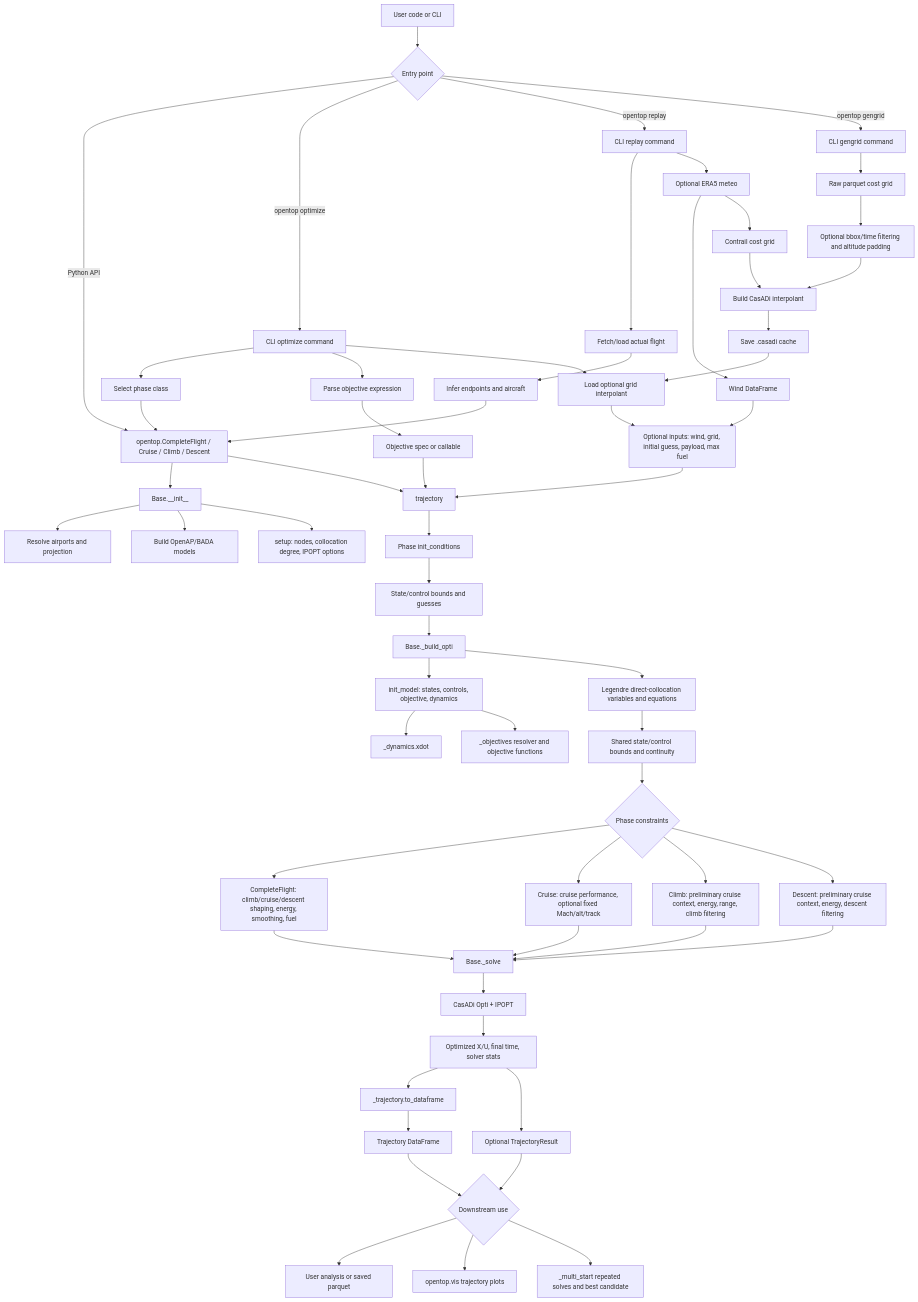
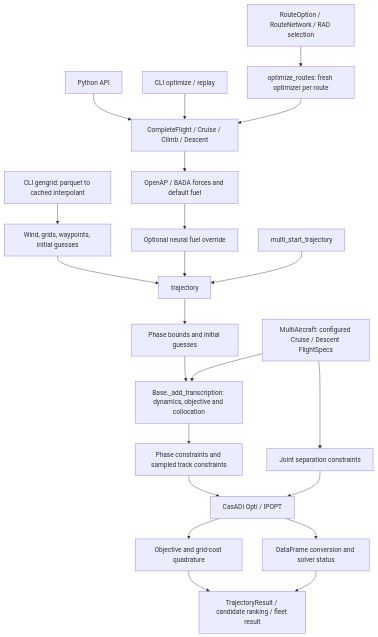
One commit to junzis/opentop changed the diagram in docs/opentop-high-level-flow.md. Above: the diagram before and after it, drawn with Mermaid. The commit also changed other lines of this file and 17 other files, not shown here.

Commit message:
Unify neural fuel evaluation and refresh API documentation

````diff
--- a/docs/opentop-high-level-flow.md
+++ b/docs/opentop-high-level-flow.md
@@ -7,73 +6,24 @@
 ```mermaid
 flowchart TD
-    user[User code or CLI] --> entry{Entry point}
-
-    entry -->|Python API| api[opentop.CompleteFlight / Cruise / Climb / Descent]
-    entry -->|opentop optimize| cli_opt[CLI optimize command]
-    entry -->|opentop replay| cli_replay[CLI replay command]
-    entry -->|opentop gengrid| cli_grid[CLI gengrid command]
-
-    cli_opt --> phase_select[Select phase class]
-    cli_opt --> objective_parse[Parse objective expression]
-    cli_opt --> grid_load[Load optional grid interpolant]
-    phase_select --> api
-    objective_parse --> objective_input[Objective spec or callable]
-    grid_load --> optional_inputs
-
-    cli_grid --> raw_grid[Raw parquet cost grid]
-    raw_grid --> grid_filter[Optional bbox/time filtering and altitude padding]
-    grid_filter --> build_grid[Build CasADi interpolant]
-    build_grid --> cache_grid[Save .casadi cache]
-    cache_grid --> grid_load
-
-    cli_replay --> flight_fetch[Fetch/load actual flight]
-    cli_replay --> meteo_fetch[Optional ERA5 meteo]
-    flight_fetch --> replay_endpoints[Infer endpoints and aircraft]
-    meteo_fetch --> wind_input[Wind DataFrame]
-    meteo_fetch --> contrail_grid[Contrail cost grid]
-    contrail_grid --> build_grid
-    replay_endpoints --> api
-    wind_input --> optional_inputs
-
-    api --> base_init[Base.__init__]
-    base_init --> airport_projection[Resolve airports and projection]
-    base_init --> performance[Build OpenAP/BADA models]
-    base_init --> setup[setup: nodes, collocation degree, IPOPT options]
-
-    api --> trajectory[trajectory]
-    optional_inputs[Optional inputs: wind, grid, initial guess, payload, max fuel] --> trajectory
-    objective_input --> trajectory
-
-    trajectory --> init_conditions[Phase init_conditions]
-    init_conditions --> bounds[State/control bounds and guesses]
-
-    bounds --> build_opti[Base._build_opti]
-    build_opti --> init_model[init_model: states, controls, objective, dynamics]
-    init_model --> dynamics[_dynamics.xdot]
-    init_model --> objectives[_objectives resolver and objective functions]
-    build_opti --> collocation[Legendre direct-collocation variables and equations]
-    collocation --> shared_constraints[Shared state/control bounds and continuity]
-
-    shared_constraints --> phase_constraints{Phase constraints}
-    phase_constraints --> complete[CompleteFlight: climb/cruise/descent shaping, energy, smoothing, fuel]
-    phase_constraints --> cruise[Cruise: cruise performance, optional fixed Mach/alt/track]
-    phase_constraints --> climb[Climb: preliminary cruise context, energy, range, climb filtering]
-    phase_constraints --> descent[Descent: preliminary cruise context, energy, descent filtering]
-
-    complete --> solve[Base._solve]
-    cruise --> solve
-    climb --> solve
-    descent --> solve
-
-    solve --> ipopt[CasADi Opti + IPOPT]
-    ipopt --> numeric_solution[Optimized X/U, final time, solver stats]
-    numeric_solution --> dataframe[_trajectory.to_dataframe]
-    dataframe --> traj_df[Trajectory DataFrame]
-    numeric_solution --> result_obj[Optional TrajectoryResult]
-
-    traj_df --> downstream{Downstream use}
-    result_obj --> downstream
-    downstream --> analysis[User analysis or saved parquet]
-    downstream --> vis[opentop.vis trajectory plots]
-    downstream --> multistart[_multi_start repeated solves and best candidate]
+    python[Python API] --> phase[CompleteFlight / Cruise / Climb / Descent]
+    cli[CLI optimize / replay] --> phase
+    grid[CLI gengrid: parquet to cached interpolant] --> inputs
+    inputs[Wind, grids, waypoints, initial guesses] --> trajectory
+    phase --> baseline[OpenAP / BADA forces and default fuel]
+    baseline --> fuel[Optional neural fuel override]
+    fuel --> trajectory[trajectory]
+    multi[multi_start_trajectory] --> trajectory
+    routes[RouteOption / RouteNetwork / RAD selection] --> routeopt[optimize_routes: fresh optimizer per route]
+    routeopt --> phase
+    trajectory --> bounds[Phase bounds and initial guesses]
+    bounds --> shared[Base._add_transcription: dynamics, objective and collocation]
+    shared --> constraints[Phase constraints and sampled track constraints]
+    fleet[MultiAircraft: configured Cruise / Descent FlightSpecs] --> shared
+    fleet --> separation[Joint separation constraints]
+    separation --> solve[CasADi Opti / IPOPT]
+    constraints --> solve
+    solve --> costs[Objective and grid-cost quadrature]
+    solve --> report[DataFrame conversion and solver status]
+    costs --> results[TrajectoryResult / candidate ranking / fleet result]
+    report --> results
 ```
````
